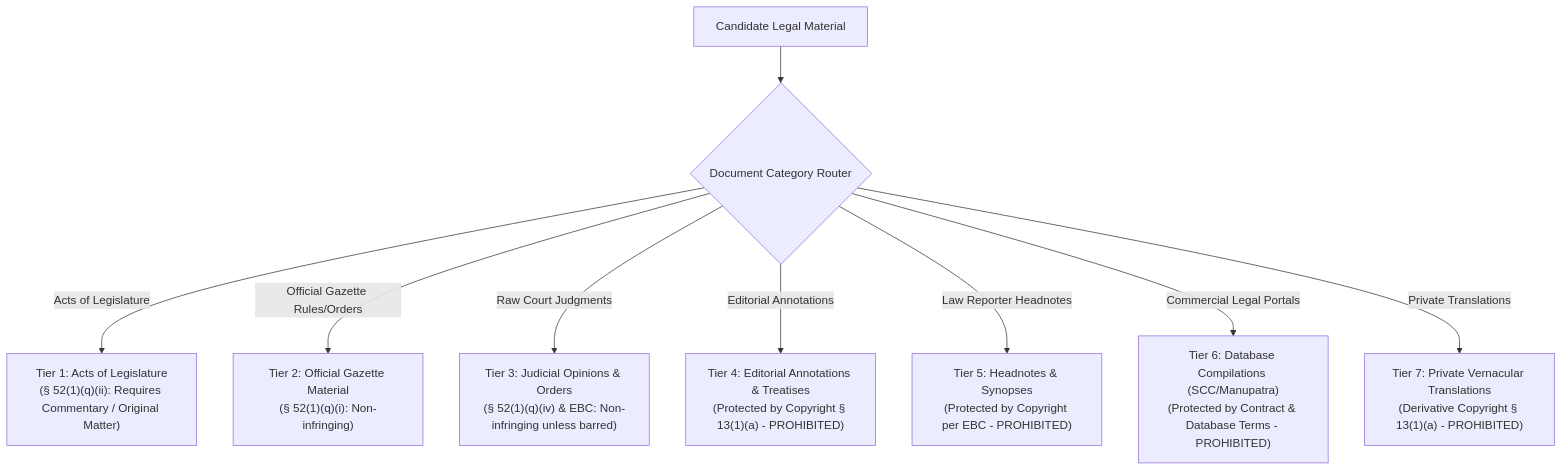
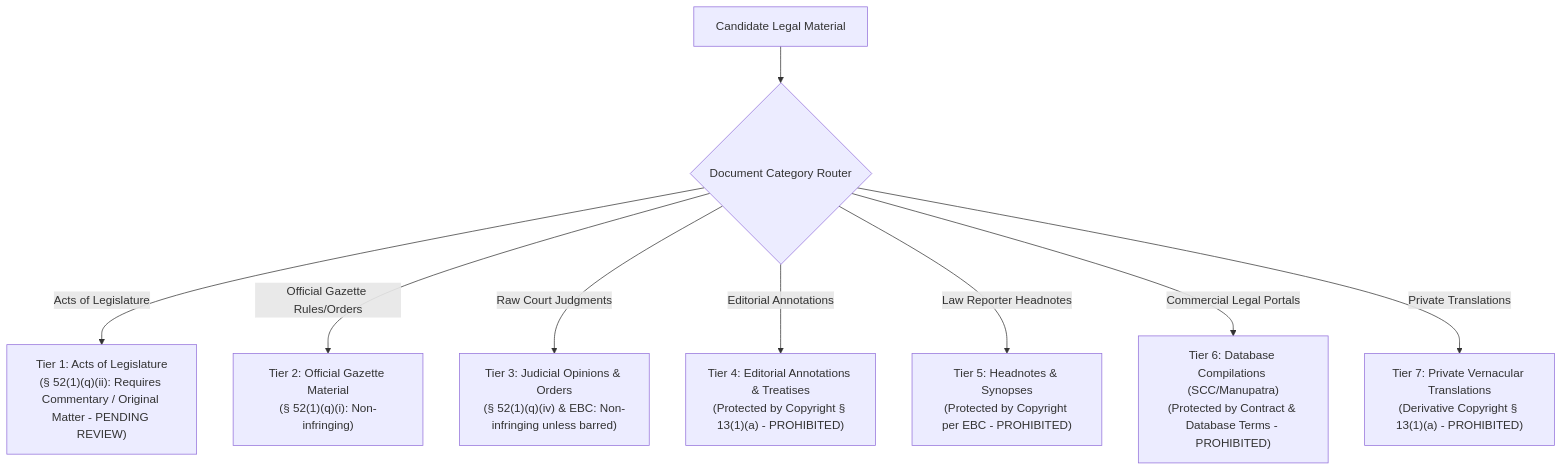
Before and after one commit to Yatharthnagpal/review: the first of 3 diagrams in 03_LICENSE_AND_PROVENANCE_POLICY.md, drawn with Mermaid. The commit also changed other lines of this file and 9 other files, not shown here.

````diff
--- a/03_LICENSE_AND_PROVENANCE_POLICY.md
+++ b/03_LICENSE_AND_PROVENANCE_POLICY.md
@@ -58,12 +63,12 @@
 ```mermaid
 flowchart TD
     LegalDoc["Candidate Legal Material"] --> CategoryRouter{"Document Category Router"}
     
-    CategoryRouter -->|"Acts of Legislature"| T1["Tier 1: Acts of Legislature<br/>(§ 52(1)(q)(ii): Requires Commentary / Original Matter)"]
+    CategoryRouter -->|"Acts of Legislature"| T1["Tier 1: Acts of Legislature<br/>(§ 52(1)(q)(ii): Requires Commentary / Original Matter - PENDING REVIEW)"]
     CategoryRouter -->|"Official Gazette Rules/Orders"| T2["Tier 2: Official Gazette Material<br/>(§ 52(1)(q)(i): Non-infringing)"]
     CategoryRouter -->|"Raw Court Judgments"| T3["Tier 3: Judicial Opinions & Orders<br/>(§ 52(1)(q)(iv) & EBC: Non-infringing unless barred)"]
     CategoryRouter -->|"Editorial Annotations"| T4["Tier 4: Editorial Annotations & Treatises<br/>(Protected by Copyright § 13(1)(a) - PROHIBITED)"]
     CategoryRouter -->|"Law Reporter Headnotes"| T5["Tier 5: Headnotes & Synopses<br/>(Protected by Copyright per EBC - PROHIBITED)"]
     CategoryRouter -->|"Commercial Legal Portals"| T6["Tier 6: Database Compilations (SCC/Manupatra)<br/>(Protected by Contract & Database Terms - PROHIBITED)"]
     CategoryRouter -->|"Private Translations"| T7["Tier 7: Private Vernacular Translations<br/>(Derivative Copyright § 13(1)(a) - PROHIBITED)"]
 ```
````
